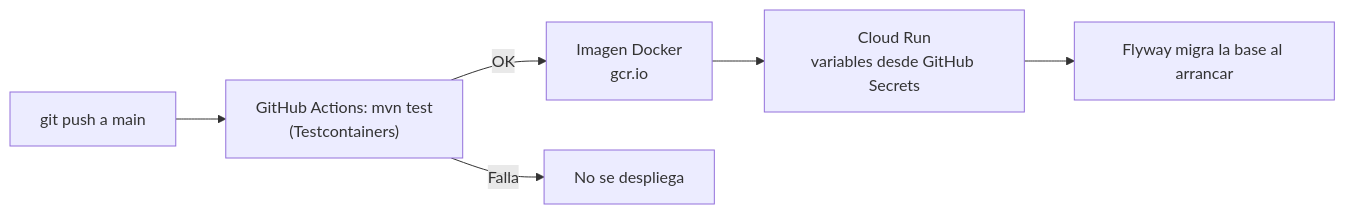
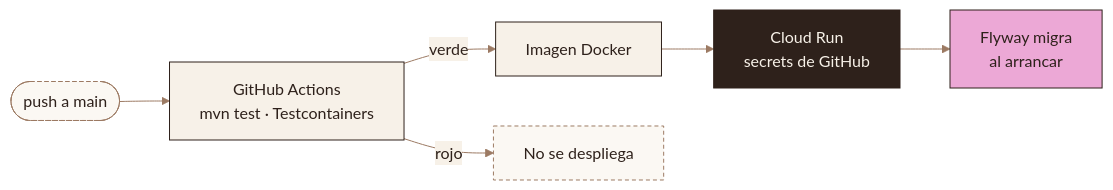
Before and after one commit to HotelGotitass/Hotel: the eighth of 8 diagrams in README.md, drawn with Mermaid. The commit also changed other lines of this file, not shown here.

Commit message:
docs: rediseno del README con encabezado, tarjetas y diagramas con la paleta de marca

````diff
--- a/README.md
+++ b/README.md
@@ -374,8 +524,12 @@
 ```mermaid
+%%{init: {"theme":"base","themeVariables":{"primaryColor":"#F7F1E8","primaryTextColor":"#2E211B","primaryBorderColor":"#2E211B","lineColor":"#9C7A63","secondaryColor":"#ECA8D6","tertiaryColor":"#FBF8F3","edgeLabelBackground":"#F7F1E8","noteBkgColor":"#ECA8D6","noteTextColor":"#2E211B","noteBorderColor":"#2E211B","actorBkg":"#2E211B","actorTextColor":"#F7F1E8","actorBorder":"#2E211B","actorLineColor":"#9C7A63","signalColor":"#9C7A63","signalTextColor":"#9C7A63","labelBoxBkgColor":"#ECA8D6","labelTextColor":"#2E211B","loopTextColor":"#9C7A63","attributeBackgroundColorOdd":"#FBF8F3","attributeBackgroundColorEven":"#F7F1E8"}}}%%
 flowchart LR
-    P["git push a main"] --> CI["GitHub Actions: mvn test<br/>(Testcontainers)"]
-    CI -->|"OK"| IMG["Imagen Docker<br/>gcr.io"]
-    IMG --> CR["Cloud Run<br/>variables desde GitHub Secrets"]
-    CR --> FW["Flyway migra la base al arrancar"]
-    CI -->|"Falla"| STOP["No se despliega"]
+    P(["push a main"]):::ext --> CI["GitHub Actions<br/>mvn test · Testcontainers"]
+    CI -->|"verde"| IMG["Imagen Docker"]
+    IMG --> CR["Cloud Run<br/>secrets de GitHub"]:::dark
+    CR --> FW["Flyway migra<br/>al arrancar"]:::accent
+    CI -->|"rojo"| STOP["No se despliega"]:::ext
+    classDef dark fill:#2E211B,stroke:#2E211B,color:#F7F1E8
+    classDef accent fill:#ECA8D6,stroke:#2E211B,color:#2E211B
+    classDef ext fill:#FBF8F3,stroke:#9C7A63,color:#2E211B,stroke-dasharray:4 3
 ```
````
